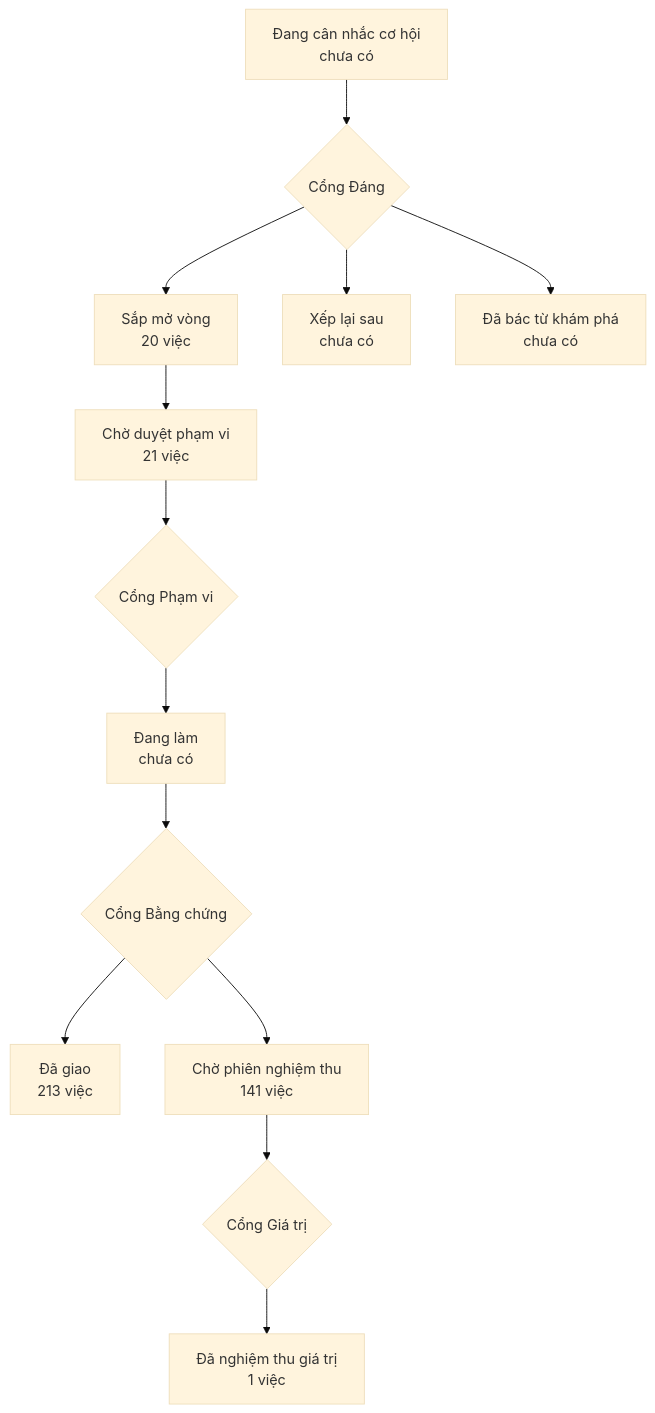
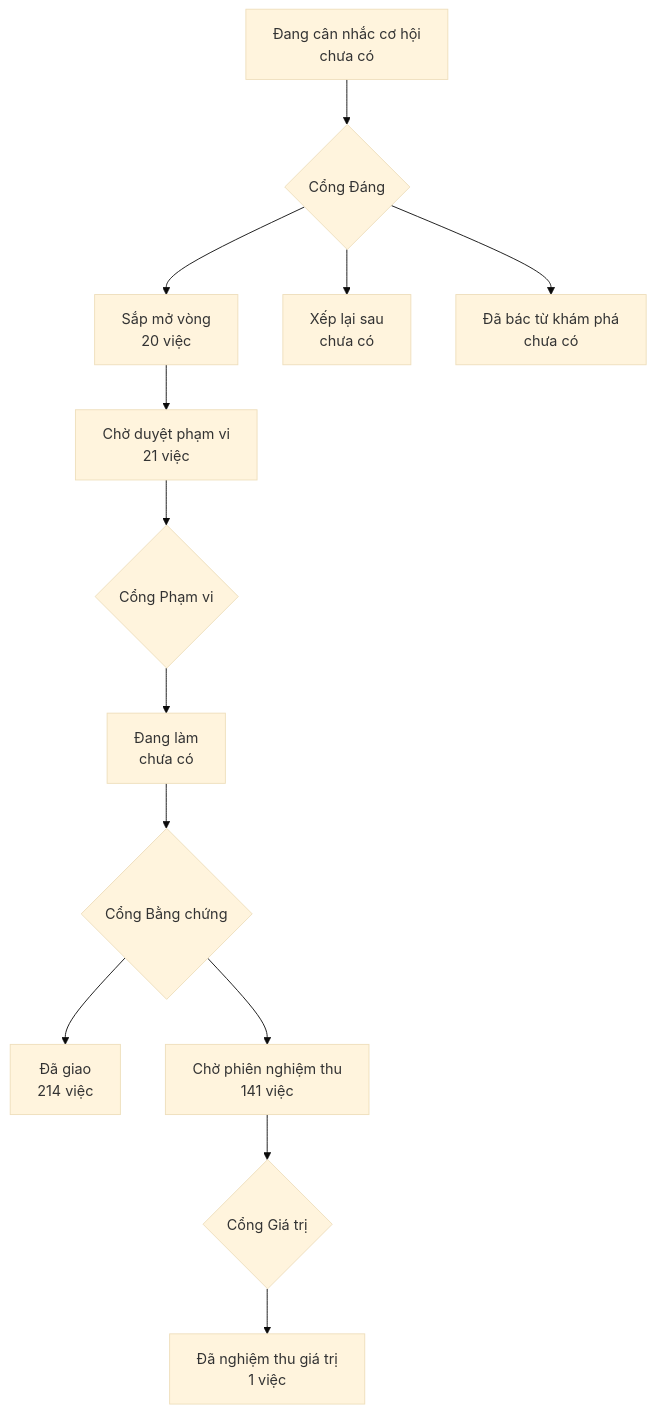
One commit to phanlemanh/onehub-invest changed the diagram in PRODUCT-MAP.md. Above: the diagram before and after it, drawn with Mermaid (base theme). The commit also changed other lines of this file and 1 other file, not shown here.

Commit message:
chore: vẽ lại bản đồ sản phẩm sau khi gộp main

````diff
--- a/PRODUCT-MAP.md
+++ b/PRODUCT-MAP.md
@@ -7,12 +7,12 @@
 ```mermaid
 flowchart TD
   A["Đang cân nhắc cơ hội<br/>chưa có"] --> GD{"Cổng Đáng"}
   GD --> B["Sắp mở vòng<br/>20 việc"]
   GD --> XL["Xếp lại sau<br/>chưa có"]
   GD --> DB["Đã bác từ khám phá<br/>chưa có"]
   B --> CD["Chờ duyệt phạm vi<br/>21 việc"] --> GP{"Cổng Phạm vi"}
   GP --> DL["Đang làm<br/>chưa có"] --> GB{"Cổng Bằng chứng"}
-  GB --> DG["Đã giao<br/>213 việc"]
+  GB --> DG["Đã giao<br/>214 việc"]
   GB --> CN["Chờ phiên nghiệm thu<br/>141 việc"] --> GG{"Cổng Giá trị"}
   GG --> NT["Đã nghiệm thu giá trị<br/>1 việc"]
 ```
````
